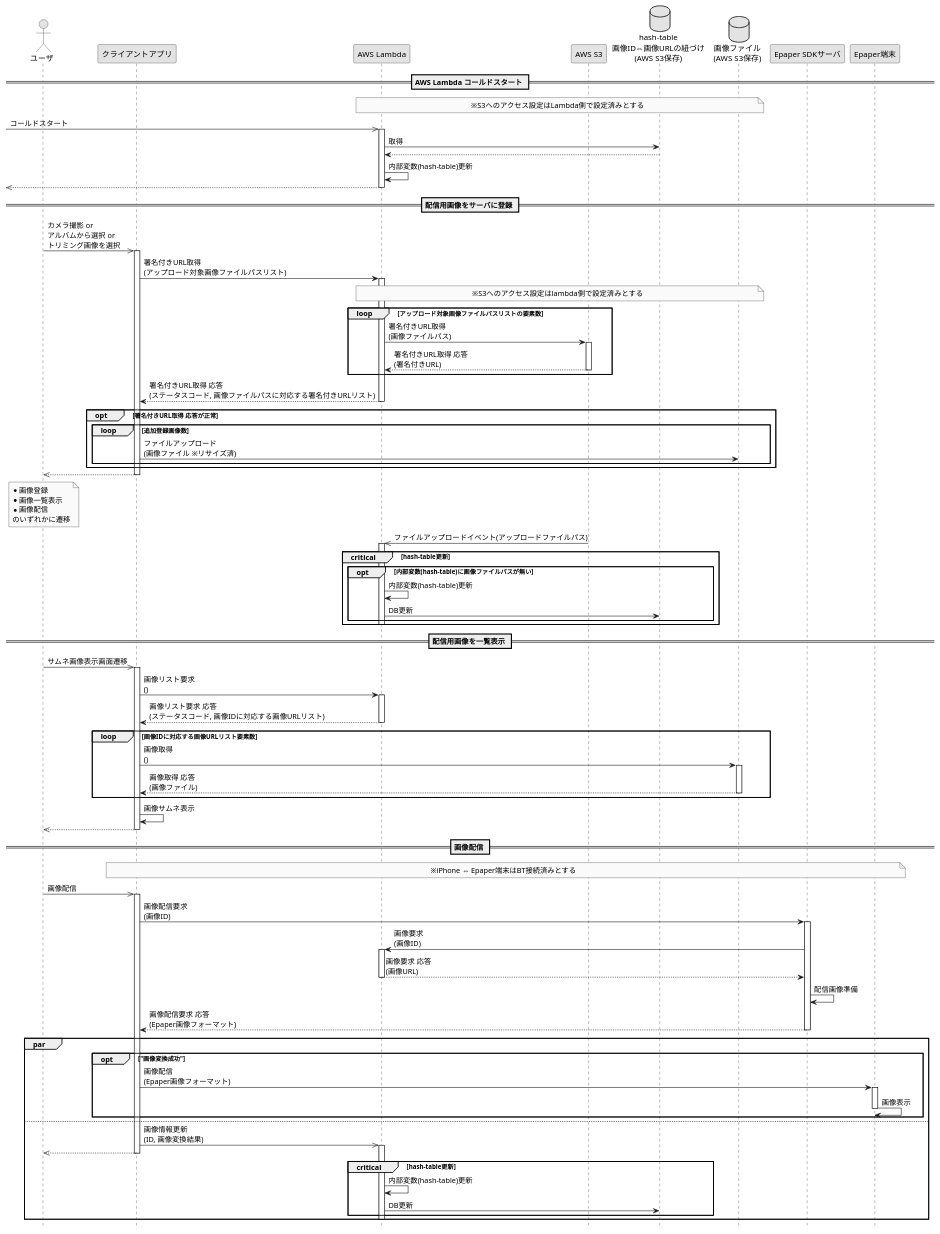
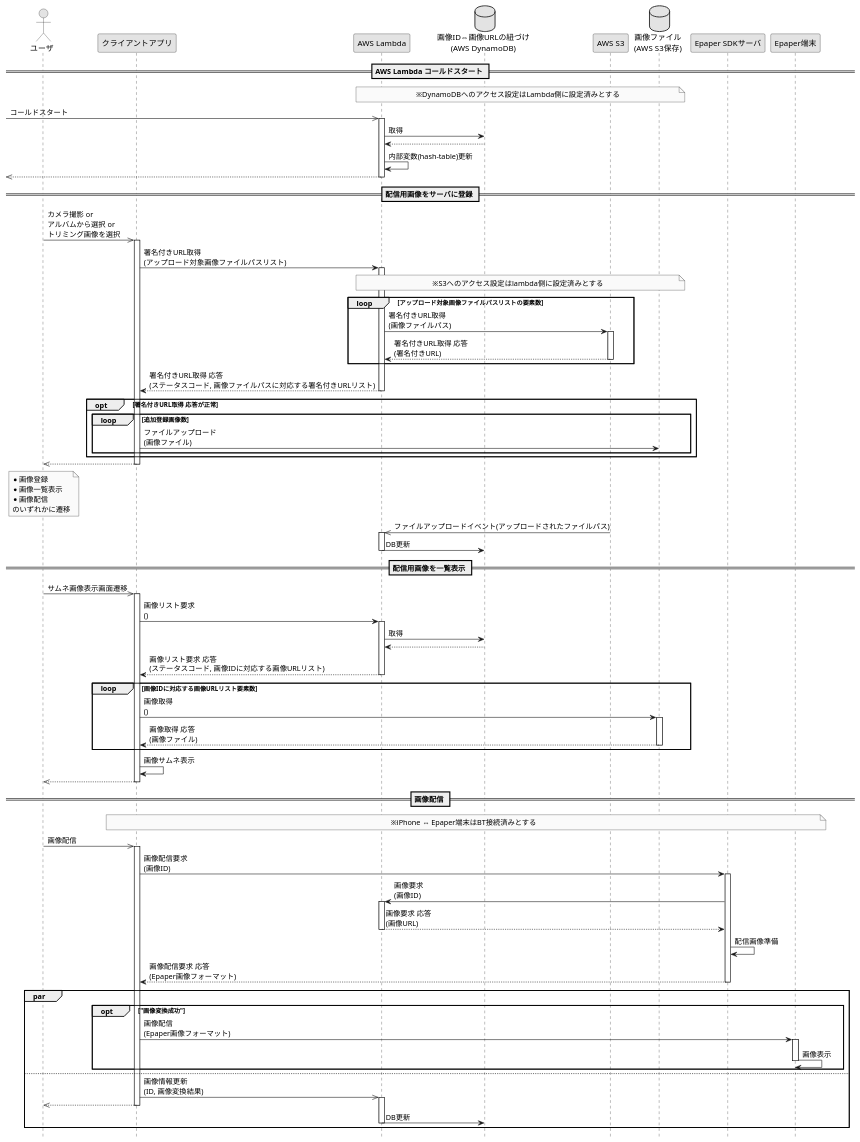
Before and after one commit to scdhub/E-Paper-App-Server-for-5.65: the diagram in uml/sequence/ESL_sequence.pu, drawn with PlantUML. The commit also changed 2 other files, not shown here.

Commit message:
README、シーケンス図修正
・READMEの記載を修正。
・シーケンス図のDBを"S3管理 → DynamoDB管理"に修正。

```diff
--- a/uml/sequence/ESL_sequence.pu
+++ b/uml/sequence/ESL_sequence.pu
@@ -1,97 +1,91 @@
 @startuml ESLアプリサーバシーケンス図
 skinparam Monochrome true
 hide footbox
 
 actor "ユーザ" as user
 participant "クライアントアプリ" as cltapp
 participant "AWS Lambda" as aws_lambda
+database "画像ID⇔画像URLの紐づけ\n(AWS DynamoDB)" as hash_table
 participant "AWS S3" as aws_s3
-database "hash-table\n画像ID⇔画像URLの紐づけ\n(AWS S3保存)" as hash_table
 database "画像ファイル\n(AWS S3保存)" as imageDatas
 participant "Epaper SDKサーバ" as sdksrv
 participant "Epaper端末" as epaper
 
 == AWS Lambda コールドスタート ==
 note over aws_lambda, imageDatas
-    ※S3へのアクセス設定はLambda側で設定済みとする
+    ※DynamoDBへのアクセス設定はLambda側に設定済みとする
 end note
 [->>aws_lambda ++ : コールドスタート
 aws_lambda -> hash_table : 取得
 aws_lambda <-- hash_table
 aws_lambda -> aws_lambda : 内部変数(hash-table)更新
 [<<--aws_lambda --
 
 == 配信用画像をサーバに登録 ==
 user ->> cltapp ++ : カメラ撮影 or\nアルバムから選択 or\nトリミング画像を選択
 cltapp -> aws_lambda ++ : 署名付きURL取得\n(アップロード対象画像ファイルパスリスト)
 
 note over aws_lambda, imageDatas
-    ※S3へのアクセス設定はlambda側で設定済みとする
+    ※S3へのアクセス設定はlambda側に設定済みとする
 end note
 loop アップロード対象画像ファイルパスリストの要素数
     aws_lambda -> aws_s3 ++ : 署名付きURL取得\n(画像ファイルパス)
     aws_lambda <-- aws_s3 -- : 署名付きURL取得 応答\n(署名付きURL)
 end
 cltapp <-- aws_lambda -- : 署名付きURL取得 応答\n(ステータスコード, 画像ファイルパスに対応する署名付きURLリスト)
 
 opt 署名付きURL取得 応答が正常
     loop 追加登録画像数
-        cltapp -> imageDatas : ファイルアップロード\n(画像ファイル ※リサイズ済)
+        cltapp -> imageDatas : ファイルアップロード\n(画像ファイル)
     end
 end
 user <<-- cltapp --
 note over user
     * 画像登録
     * 画像一覧表示
     * 画像配信
     のいずれかに遷移
 end note
 
-aws_s3 ->> aws_lambda ++ : ファイルアップロードイベント(アップロードファイルパス)
-critical hash-table更新
-    opt 内部変数(hash-table)に画像ファイルパスが無い
-        aws_lambda -> aws_lambda : 内部変数(hash-table)更新
-        aws_lambda -> hash_table : DB更新
-    end
+aws_s3 ->> aws_lambda ++ : ファイルアップロードイベント(アップロードされたファイルパス)
+aws_lambda -> hash_table : DB更新
 deactivate aws_lambda
-end
 
 
 == 配信用画像を一覧表示 ==
 user ->> cltapp ++ : サムネ画像表示画面遷移
 cltapp -> aws_lambda ++ : 画像リスト要求\n()
+aws_lambda -> hash_table : 取得
+aws_lambda <-- hash_table
 cltapp <-- aws_lambda -- : 画像リスト要求 応答\n(ステータスコード, 画像IDに対応する画像URLリスト)
 loop 画像IDに対応する画像URLリスト要素数
     cltapp -> imageDatas ++ : 画像取得\n()
     cltapp <-- imageDatas -- : 画像取得 応答\n(画像ファイル)
 end
 cltapp -> cltapp : 画像サムネ表示
 user <<-- cltapp --
 
 
 == 画像配信 ==
 note over cltapp, epaper
     ※iPhone ⇔ Epaper端末はBT接続済みとする
 end note
 user ->> cltapp ++ : 画像配信
 cltapp -> sdksrv ++ : 画像配信要求\n(画像ID)
 sdksrv -> aws_lambda ++ : 画像要求\n(画像ID)
 sdksrv <-- aws_lambda -- : 画像要求 応答\n(画像URL)
 sdksrv -> sdksrv : 配信画像準備
 cltapp <-- sdksrv -- : 画像配信要求 応答\n(Epaper画像フォーマット)
 par
     opt "画像変換成功"
         cltapp -> epaper ++ : 画像配信\n(Epaper画像フォーマット)
         epaper -> epaper -- : 画像表示
     end
 else
     cltapp ->> aws_lambda ++ : 画像情報更新\n(ID, 画像変換結果)
     user <<-- cltapp --
-    critical hash-table更新
-        aws_lambda -> aws_lambda : 内部変数(hash-table)更新
-        aws_lambda -> hash_table : DB更新
-    end
+    aws_lambda -> hash_table : DB更新
     deactivate aws_lambda
 end
 
 @enduml
```
